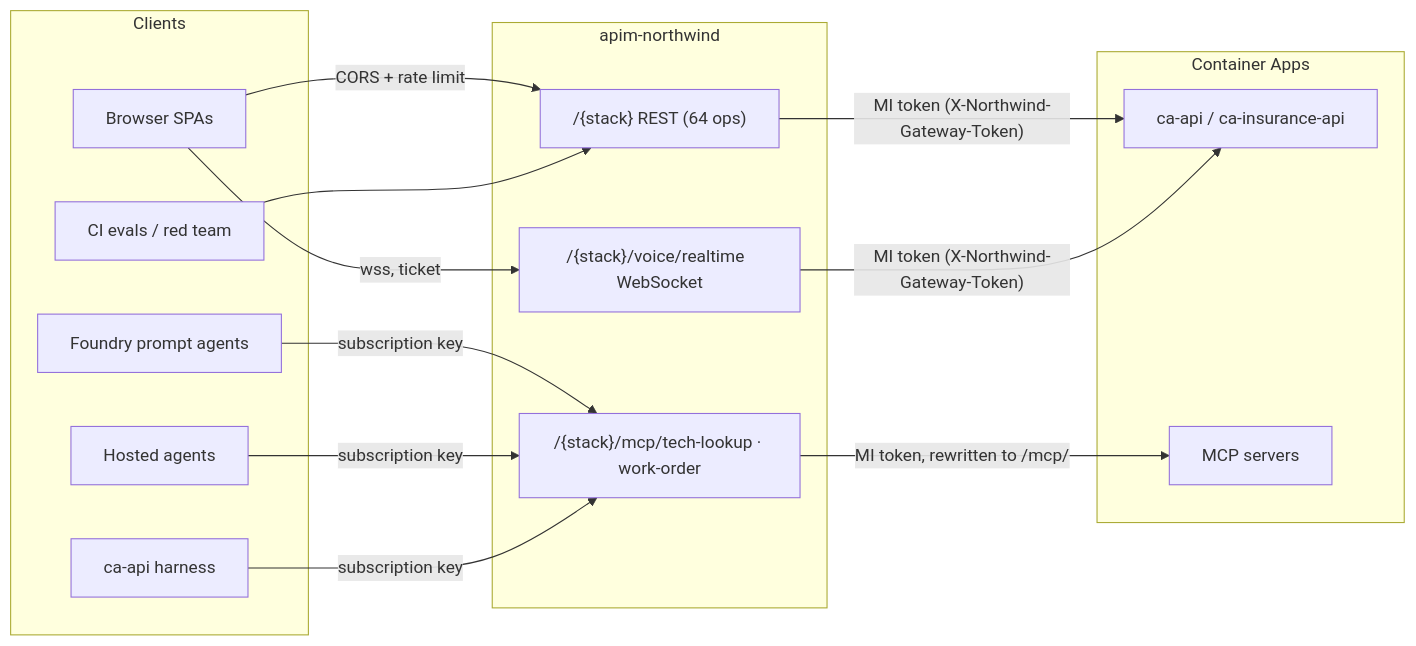
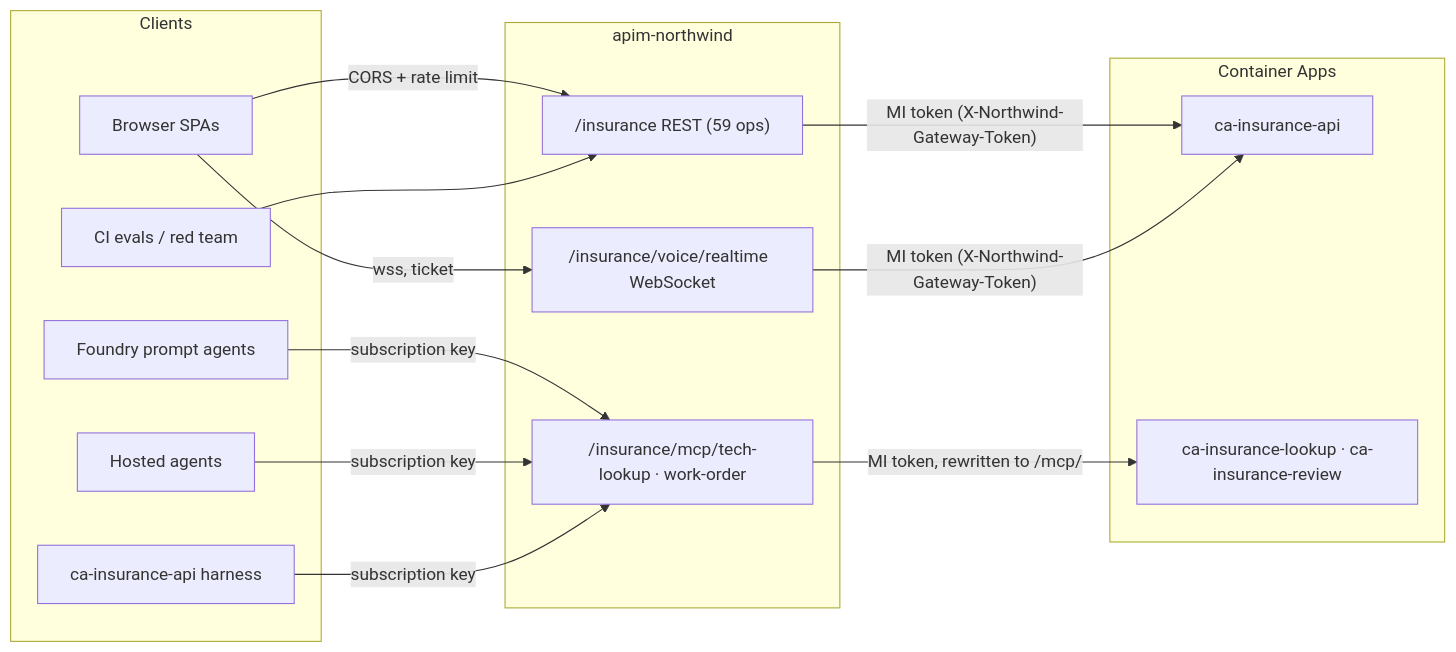
The diagram in docs/api-management.md (ZacharyZurloMSFT/foundry-frontier), drawn with Mermaid before and after one commit. The commit also changed other lines of this file and 472 other files, not shown here.

````diff
--- a/docs/api-management.md
+++ b/docs/api-management.md
@@ -110,25 +141,25 @@
 ```mermaid
 flowchart LR
   subgraph Clients
     SPA[Browser SPAs]
     PA[Foundry prompt agents]
     HA[Hosted agents]
-    H[ca-api harness]
+    H[ca-insurance-api harness]
     CI[CI evals / red team]
   end
   subgraph APIM[apim-northwind]
-    R["/{stack}  REST (64 ops)"]
-    V["/{stack}/voice/realtime  WebSocket"]
-    M["/{stack}/mcp/tech-lookup · work-order"]
+    R["/insurance  REST (59 ops)"]
+    V["/insurance/voice/realtime  WebSocket"]
+    M["/insurance/mcp/tech-lookup · work-order"]
   end
   subgraph ACA[Container Apps]
-    API[ca-api / ca-insurance-api]
-    MCP[MCP servers]
+    API[ca-insurance-api]
+    MCP[ca-insurance-lookup · ca-insurance-review]
   end
   SPA -->|CORS + rate limit| R
   SPA -->|wss, ticket| V
   CI --> R
   PA & HA & H -->|subscription key| M
   R & V -->|"MI token (X-Northwind-Gateway-Token)"| API
   M -->|"MI token, rewritten to /mcp/"| MCP
 ```
````
